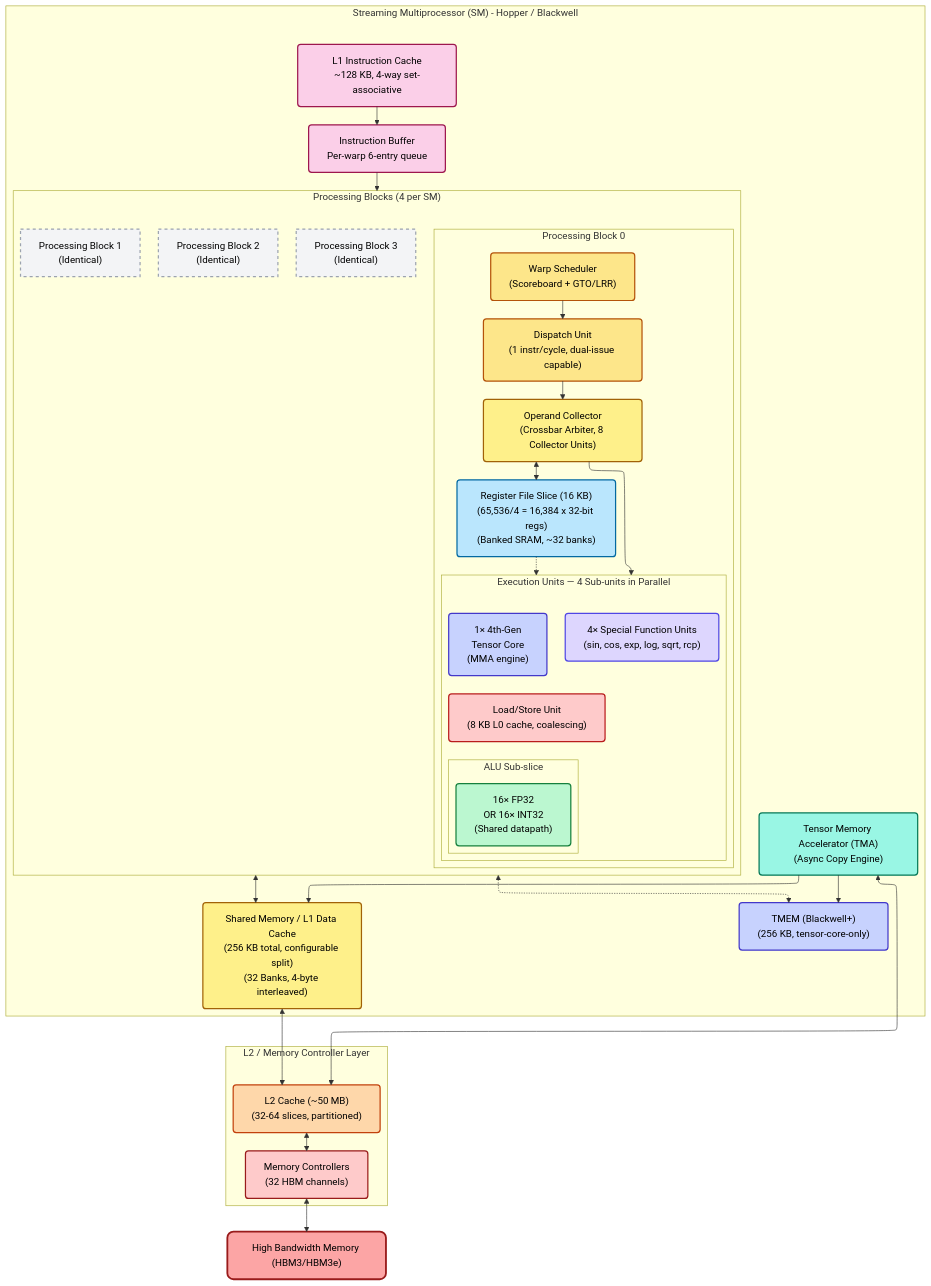
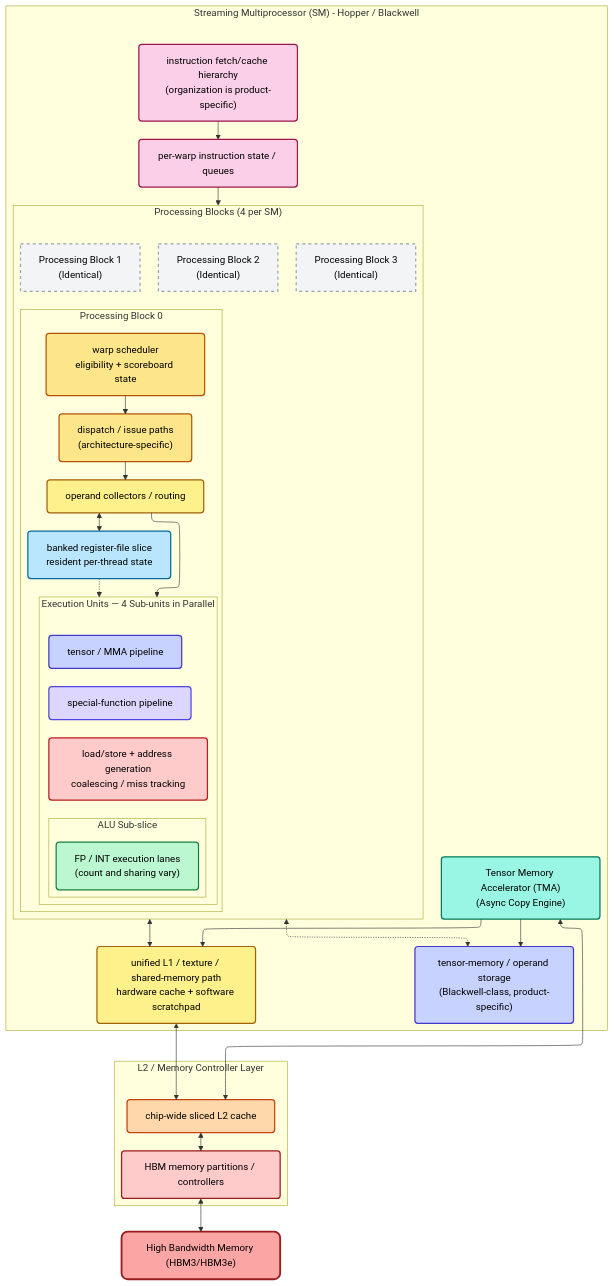
The second of 15 diagrams in L3_Microarchitecture/02_GPU_Architecture.md (Wty2003328/ai_infra_intro), drawn with Mermaid before and after one commit. The commit also changed other lines of this file and 3 other files, not shown here.

Commit message:
Expand GPU hardware-software architecture mapping

````diff
--- a/L3_Microarchitecture/02_GPU_Architecture.md
+++ b/L3_Microarchitecture/02_GPU_Architecture.md
@@ -39,77 +55,77 @@
 ```mermaid
 %%{init: {"flowchart": {"defaultRenderer": "elk", "nodeSpacing": 60, "rankSpacing": 60, "htmlLabels": false}}}%%
 flowchart TB
     subgraph SM["Streaming Multiprocessor (SM) - Hopper / Blackwell"]
         direction TB
-        L1I["L1 Instruction Cache<br/>~128 KB, 4-way set-associative"]:::ic
-        IBUF["Instruction Buffer<br/>Per-warp 6-entry queue"]:::ic
-        
+        L1I["instruction fetch/cache hierarchy<br/>(organization is product-specific)"]:::ic
+        IBUF["per-warp instruction state / queues"]:::ic
+
         subgraph PBs["Processing Blocks (4 per SM)"]
             direction LR
             subgraph PB0["Processing Block 0"]
                 direction TB
-                SCHED0["Warp Scheduler<br/>(Scoreboard + GTO/LRR)"]:::sched
-                DISP0["Dispatch Unit<br/>(1 instr/cycle, dual-issue capable)"]:::sched
-                OC0["Operand Collector<br/>(Crossbar Arbiter, 8 Collector Units)"]:::mem
-                RF0["Register File Slice (16 KB)<br>(65,536/4 = 16,384 x 32-bit regs)<br>(Banked SRAM, ~32 banks)"]:::rf
-                
+                SCHED0["warp scheduler<br/>eligibility + scoreboard state"]:::sched
+                DISP0["dispatch / issue paths<br/>(architecture-specific)"]:::sched
+                OC0["operand collectors / routing"]:::mem
+                RF0["banked register-file slice<br/>resident per-thread state"]:::rf
+
                 subgraph EX0["Execution Units — 4 Sub-units in Parallel"]
                     direction LR
                     subgraph ALU0["ALU Sub-slice"]
-                        CUDA0["16× FP32<br/>OR 16× INT32<br/>(Shared datapath)"]:::cuda
+                        CUDA0["FP / INT execution lanes<br/>(count and sharing vary)"]:::cuda
                     end
-                    TC0["1× 4th-Gen<br/>Tensor Core<br/>(MMA engine)"]:::tc
-                    SFU0["4× Special Function Units<br/>(sin, cos, exp, log, sqrt, rcp)"]:::sfu
-                    LSU0["Load/Store Unit<br/>(8 KB L0 cache, coalescing)"]:::lsu
+                    TC0["tensor / MMA pipeline"]:::tc
+                    SFU0["special-function pipeline"]:::sfu
+                    LSU0["load/store + address generation<br/>coalescing / miss tracking"]:::lsu
                 end
-                
+
                 SCHED0 --> DISP0
                 DISP0 --> OC0
                 OC0 <--> RF0
                 OC0 --> EX0
                 RF0 -.-> EX0
             end
-            
+
             PB1["Processing Block 1<br/>(Identical)"]:::pb
             PB2["Processing Block 2<br/>(Identical)"]:::pb
             PB3["Processing Block 3<br/>(Identical)"]:::pb
         end
-        
+
         L1I --> IBUF --> PBs
-        
-        SMEM["Shared Memory / L1 Data Cache<br/>(256 KB total, configurable split)<br/>(32 Banks, 4-byte interleaved)"]:::mem
+
+        SMEM["unified L1 / texture / shared-memory path<br/>hardware cache + software scratchpad"]:::mem
         TMA["Tensor Memory Accelerator (TMA)<br/>(Async Copy Engine)"]:::tma
-        TMEM["TMEM (Blackwell+)<br/>(256 KB, tensor-core-only)"]:::tmem
-        
+        TMEM["tensor-memory / operand storage<br/>(Blackwell-class, product-specific)"]:::tmem
+
         PBs <--> SMEM
         PBs <-.-> TMEM
         TMA --> SMEM
         TMA --> TMEM
     end
-    
+
     subgraph L2MC["L2 / Memory Controller Layer"]
-        L2["L2 Cache (~50 MB)<br/>(32-64 slices, partitioned)"]:::l2
-        MC["Memory Controllers<br/>(32 HBM channels)"]:::mc
+        L2["chip-wide sliced L2 cache"]:::l2
+        MC["HBM memory partitions / controllers"]:::mc
         L2 <--> MC
     end
-    
+
     HBM["High Bandwidth Memory (HBM3/HBM3e)"]:::hbm
     MC <--> HBM
     SMEM <--> L2
     TMA <--> L2
 
     classDef ic fill:#fbcfe8,stroke:#9d174d,stroke-width:2px,color:#000,rx:5px,ry:5px
     classDef sched fill:#fde68a,stroke:#b45309,stroke-width:2px,color:#000,rx:5px,ry:5px
     classDef rf fill:#bae6fd,stroke:#0369a1,stroke-width:2px,color:#000,rx:5px,ry:5px
     classDef cuda fill:#bbf7d0,stroke:#15803d,stroke-width:2px,color:#000,rx:5px,ry:5px
     classDef tc fill:#c7d2fe,stroke:#4338ca,stroke-width:2px,color:#000,rx:5px,ry:5px
     classDef sfu fill:#ddd6fe,stroke:#4f46e5,stroke-width:2px,color:#000,rx:5px,ry:5px
     classDef lsu fill:#fecaca,stroke:#b91c1c,stroke-width:2px,color:#000,rx:5px,ry:5px
     classDef pb fill:#f3f4f6,stroke:#9ca3af,stroke-width:2px,stroke-dasharray: 5 5,color:#000
     classDef mem fill:#fef08a,stroke:#a16207,stroke-width:2px,color:#000,rx:5px,ry:5px
     classDef tma fill:#99f6e4,stroke:#047857,stroke-width:2px,color:#000,rx:5px,ry:5px
     classDef tmem fill:#c7d2fe,stroke:#4338ca,stroke-width:2px,color:#000,rx:5px,ry:5px
     classDef l2 fill:#fed7aa,stroke:#c2410c,stroke-width:2px,color:#000,rx:5px,ry:5px
     classDef mc fill:#fecaca,stroke:#991b1b,stroke-width:2px,color:#000,rx:5px,ry:5px
     classDef hbm fill:#fca5a5,stroke:#991b1b,stroke-width:3px,color:#000,rx:10px,ry:10px
 ```
````
